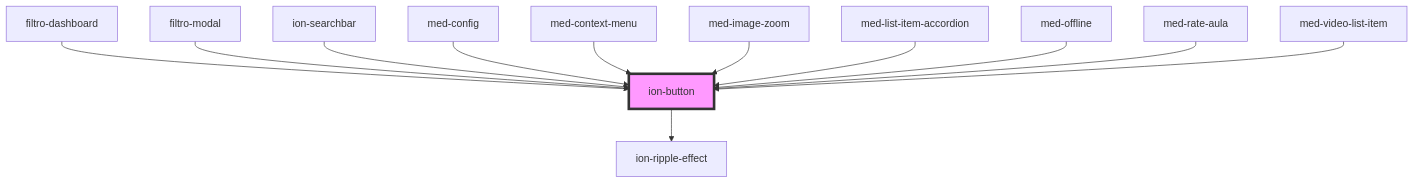
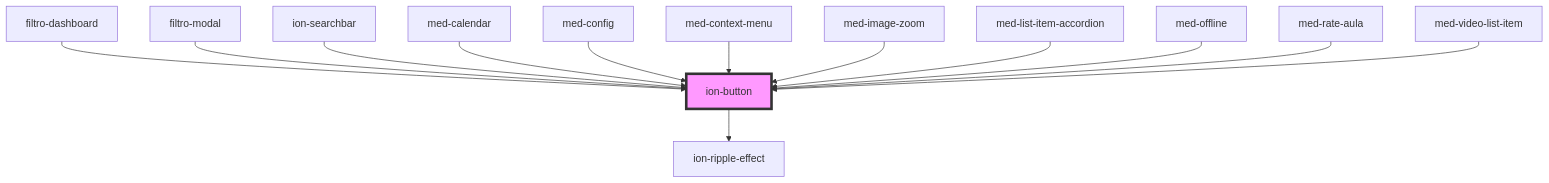
One commit to MEDGRUPOGIT/ionic-framework-1 changed the diagram in core/src/components/button/readme.md. Above: the diagram before and after it, drawn with Mermaid. The commit also changed other lines of this file and 19 other files, not shown here.

````diff
--- a/core/src/components/button/readme.md
+++ b/core/src/components/button/readme.md
@@ -389,15 +390,16 @@
 ```mermaid
 graph TD;
   ion-button --> ion-ripple-effect
   filtro-dashboard --> ion-button
   filtro-modal --> ion-button
   ion-searchbar --> ion-button
+  med-calendar --> ion-button
   med-config --> ion-button
   med-context-menu --> ion-button
   med-image-zoom --> ion-button
   med-list-item-accordion --> ion-button
   med-offline --> ion-button
   med-rate-aula --> ion-button
   med-video-list-item --> ion-button
   style ion-button fill:#f9f,stroke:#333,stroke-width:4px
 ```
````
